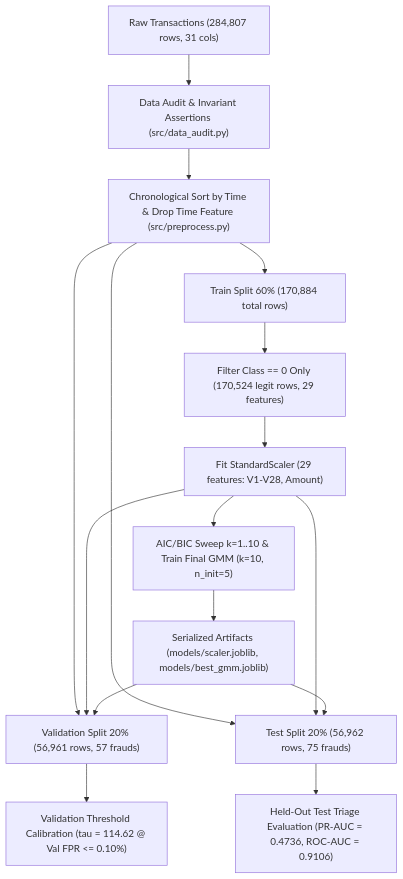
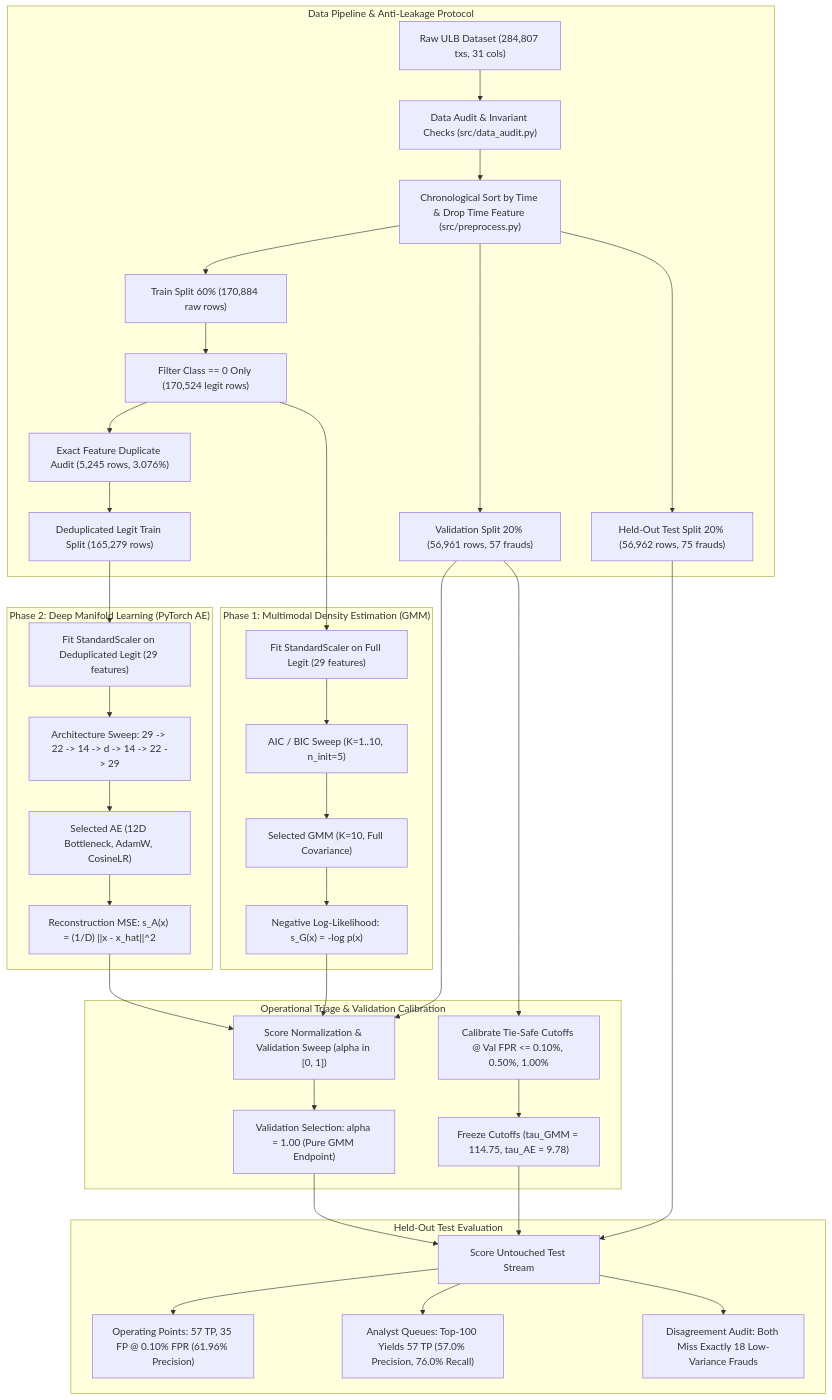
The diagram in README.md (palak22291/card-fraud-triage), drawn with Mermaid before and after one commit. The commit also changed other lines of this file and 2 other files, not shown here.

Commit message:
docs(readme): expand end-to-end Phase 1 and Phase 2 coverage, clarify AP metric, and batch AE attribution

````diff
--- a/README.md
+++ b/README.md
@@ -57,18 +69,45 @@
 ```mermaid
 flowchart TD
-    A["Raw Transactions (284,807 rows, 31 cols)"] --> B["Data Audit & Invariant Assertions (src/data_audit.py)"]
-    B --> C["Chronological Sort by Time & Drop Time Feature (src/preprocess.py)"]
-    C --> D["Train Split 60% (170,884 total rows)"]
-    C --> E["Validation Split 20% (56,961 rows, 57 frauds)"]
-    C --> F["Test Split 20% (56,962 rows, 75 frauds)"]
-    D --> G["Filter Class == 0 Only (170,524 legit rows, 29 features)"]
-    G --> H["Fit StandardScaler (29 features: V1-V28, Amount)"]
-    H --> I["AIC/BIC Sweep k=1..10 & Train Final GMM (k=10, n_init=5)"]
-    I --> J["Serialized Artifacts (models/scaler.joblib, models/best_gmm.joblib)"]
-    H --> E
-    H --> F
-    J --> E
-    J --> F
-    E --> K["Validation Threshold Calibration (tau = 114.62 @ Val FPR <= 0.10%)"]
-    F --> L["Held-Out Test Triage Evaluation (PR-AUC = 0.4736, ROC-AUC = 0.9106)"]
+    subgraph DataPrep ["Data Pipeline & Anti-Leakage Protocol"]
+        A["Raw ULB Dataset (284,807 txs, 31 cols)"] --> B["Data Audit & Invariant Checks (src/data_audit.py)"]
+        B --> C["Chronological Sort by Time & Drop Time Feature (src/preprocess.py)"]
+        C --> D["Train Split 60% (170,884 raw rows)"]
+        C --> E["Validation Split 20% (56,961 rows, 57 frauds)"]
+        C --> F["Held-Out Test Split 20% (56,962 rows, 75 frauds)"]
+        D --> G["Filter Class == 0 Only (170,524 legit rows)"]
+        G --> G1["Exact Feature Duplicate Audit (5,245 rows, 3.076%)"]
+        G1 --> G2["Deduplicated Legit Train Split (165,279 rows)"]
+    end
+
+    subgraph Phase1 ["Phase 1: Multimodal Density Estimation (GMM)"]
+        G --> H1["Fit StandardScaler on Full Legit (29 features)"]
+        H1 --> I1["AIC / BIC Sweep (K=1..10, n_init=5)"]
+        I1 --> J1["Selected GMM (K=10, Full Covariance)"]
+        J1 --> K1["Negative Log-Likelihood: s_G(x) = -log p(x)"]
+    end
+
+    subgraph Phase2 ["Phase 2: Deep Manifold Learning (PyTorch AE)"]
+        G2 --> H2["Fit StandardScaler on Deduplicated Legit (29 features)"]
+        H2 --> I2["Architecture Sweep: 29 -> 22 -> 14 -> d -> 14 -> 22 -> 29"]
+        I2 --> J2["Selected AE (12D Bottleneck, AdamW, CosineLR)"]
+        J2 --> K2["Reconstruction MSE: s_A(x) = (1/D) ||x - x_hat||^2"]
+    end
+
+    subgraph Triage ["Operational Triage & Validation Calibration"]
+        K1 --> L["Score Normalization & Validation Sweep (alpha in [0, 1])"]
+        K2 --> L
+        E --> L
+        L --> M["Validation Selection: alpha = 1.00 (Pure GMM Endpoint)"]
+        E --> N["Calibrate Tie-Safe Cutoffs @ Val FPR <= 0.10%, 0.50%, 1.00%"]
+        N --> O["Freeze Cutoffs (tau_GMM = 114.75, tau_AE = 9.78)"]
+    end
+
+    subgraph Evaluation ["Held-Out Test Evaluation"]
+        F --> P["Score Untouched Test Stream"]
+        O --> P
+        M --> P
+        P --> Q["Operating Points: 57 TP, 35 FP @ 0.10% FPR (61.96% Precision)"]
+        P --> R["Analyst Queues: Top-100 Yields 57 TP (57.0% Precision, 76.0% Recall)"]
+        P --> S["Disagreement Audit: Both Miss Exactly 18 Low-Variance Frauds"]
+    end
 ```
````
